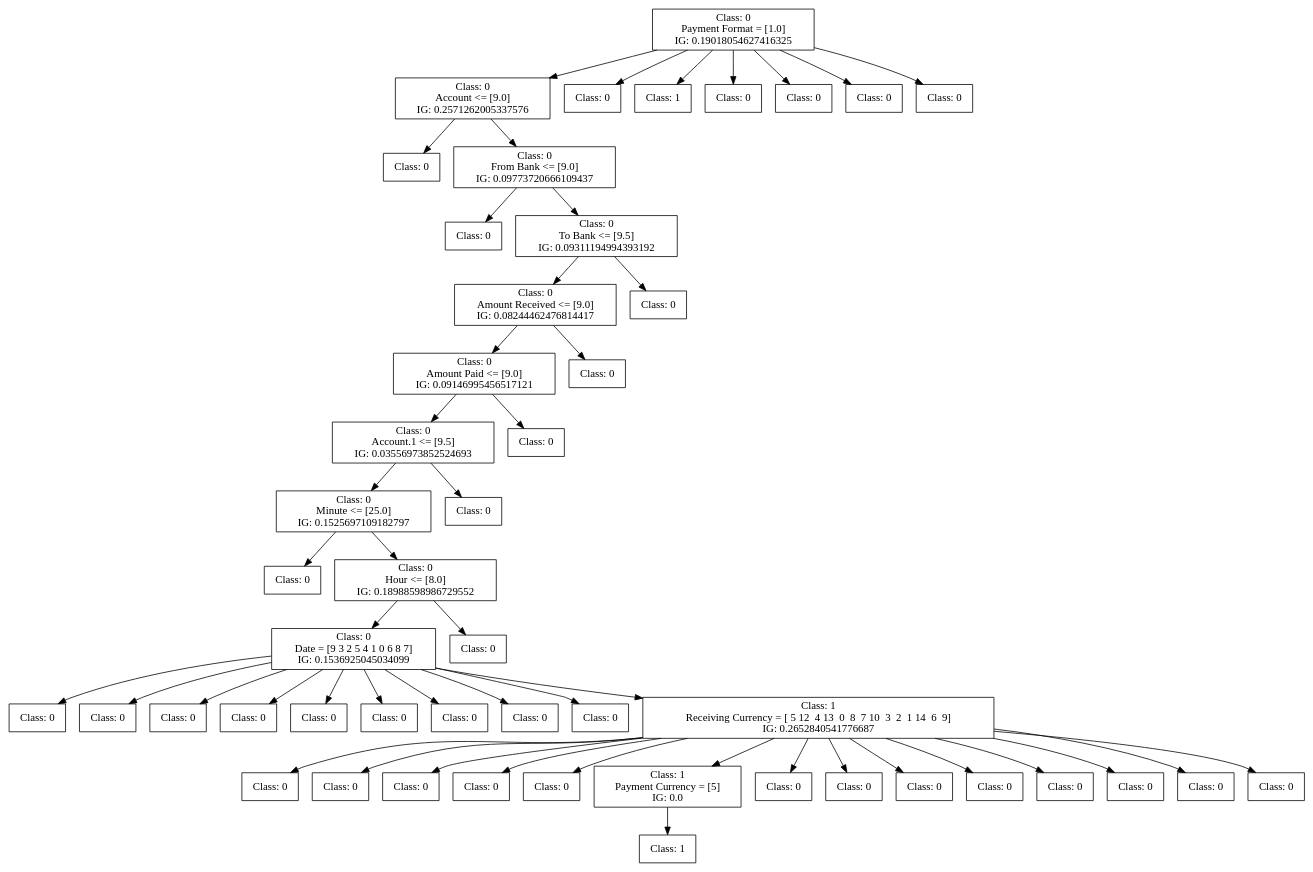
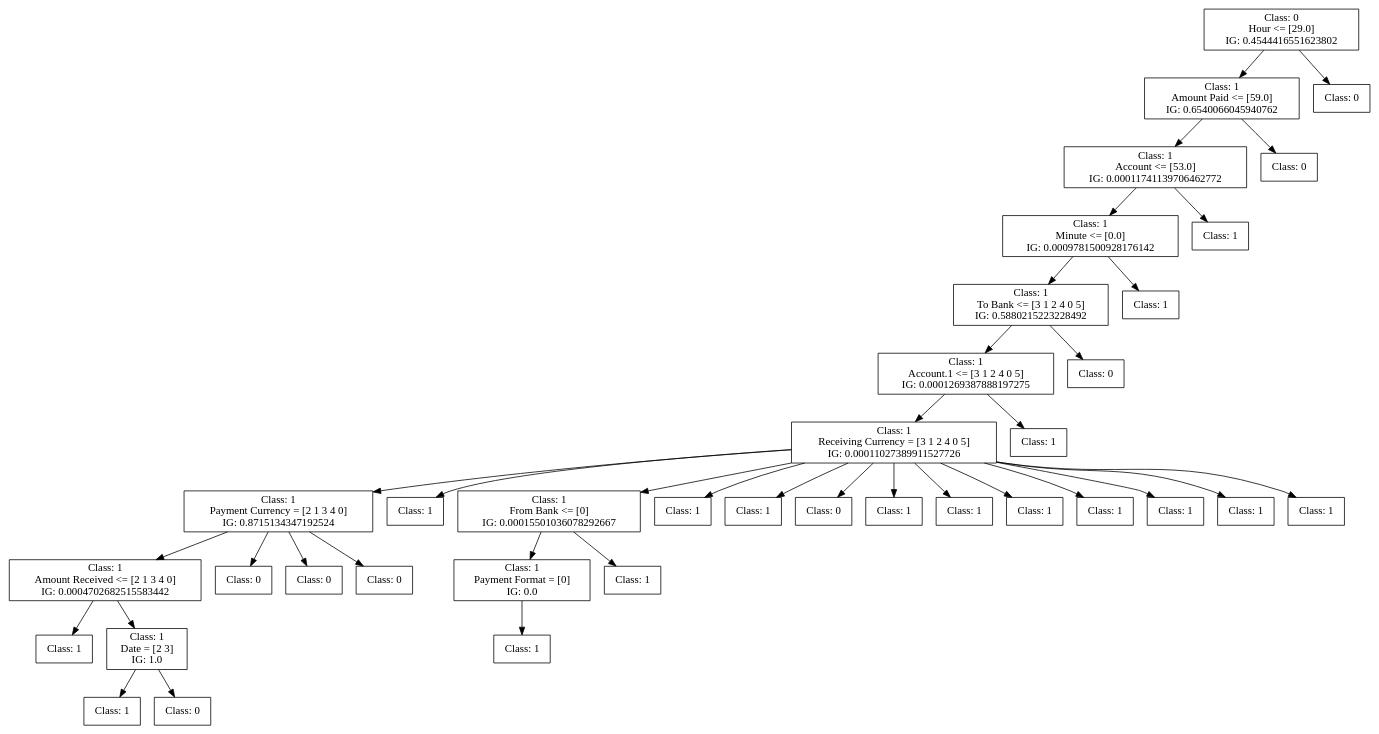
One commit to FedericoBruzzone/anti-money-laundering changed the diagram in dot_figs/tree-c45-oversampling.dot. Above: the diagram before and after it, drawn with Graphviz. The commit also changed 18 other files, not shown here.

```diff
--- a/dot_figs/tree-c45-oversampling.dot
+++ b/dot_figs/tree-c45-oversampling.dot
@@ -1,162 +1,126 @@
 digraph DecisionTree {
 	rankdir=TD;
 	node [shape=box];
-	1901687963952 [label="Class: 0
-Payment Format = [1.0]
-IG: 0.19018054627416325"];
-	1901687692960 [label="Class: 0
-Account <= [9.0]
-IG: 0.2571262005337576"];
-	1901687963952 -> 1901687692960;
-	1901687693440 [label="Class: 0
+	1584933799008 [label="Class: 0
+Hour <= [29.0]
+IG: 0.4544416551623802"];
+	1585249491920 [label="Class: 1
+Amount Paid <= [59.0]
+IG: 0.6540066045940762"];
+	1584933799008 -> 1585249491920;
+	1585249490480 [label="Class: 1
+Account <= [53.0]
+IG: 0.00011741139706462772"];
+	1585249491920 -> 1585249490480;
+	1585249500512 [label="Class: 1
+Minute <= [0.0]
+IG: 0.0009781500928176142"];
+	1585249490480 -> 1585249500512;
+	1585507883168 [label="Class: 1
+To Bank <= [3 1 2 4 0 5]
+IG: 0.5880215223228492"];
+	1585249500512 -> 1585507883168;
+	1585507889744 [label="Class: 1
+Account.1 <= [3 1 2 4 0 5]
+IG: 0.0001269387888197275"];
+	1585507883168 -> 1585507889744;
+	1585440017280 [label="Class: 1
+Receiving Currency = [3 1 2 4 0 5]
+IG: 0.00011027389911527726"];
+	1585507889744 -> 1585440017280;
+	1585440023232 [label="Class: 1
+Payment Currency = [2 1 3 4 0]
+IG: 0.8715134347192524"];
+	1585440017280 -> 1585440023232;
+	1585440028416 [label="Class: 1
+Amount Received <= [2 1 3 4 0]
+IG: 0.0004702682515583442"];
+	1585440023232 -> 1585440028416;
+	1585440030288 [label="Class: 1
 "];
-	1901687692960 -> 1901687693440;
-	1901687693872 [label="Class: 0
-From Bank <= [9.0]
-IG: 0.09773720666109437"];
-	1901687692960 -> 1901687693872;
-	1901687693584 [label="Class: 0
+	1585440028416 -> 1585440030288;
+	1585440030384 [label="Class: 1
+Date = [2 3]
+IG: 1.0"];
+	1585440028416 -> 1585440030384;
+	1585440029088 [label="Class: 1
 "];
-	1901687693872 -> 1901687693584;
-	1901687694064 [label="Class: 0
-To Bank <= [9.5]
-IG: 0.09311194994393192"];
-	1901687693872 -> 1901687694064;
-	1901687693104 [label="Class: 0
-Amount Received <= [9.0]
-IG: 0.08244462476814417"];
-	1901687694064 -> 1901687693104;
-	1901687693056 [label="Class: 0
-Amount Paid <= [9.0]
-IG: 0.09146995456517121"];
-	1901687693104 -> 1901687693056;
-	1901687692384 [label="Class: 0
-Account.1 <= [9.5]
-IG: 0.03556973852524693"];
-	1901687693056 -> 1901687692384;
-	1901687691760 [label="Class: 0
-Minute <= [25.0]
-IG: 0.1525697109182797"];
-	1901687692384 -> 1901687691760;
-	1901687692048 [label="Class: 0
+	1585440030384 -> 1585440029088;
+	1585440028608 [label="Class: 0
 "];
-	1901687691760 -> 1901687692048;
-	1901687700640 [label="Class: 0
-Hour <= [8.0]
-IG: 0.18988598986729552"];
-	1901687691760 -> 1901687700640;
-	1901687692624 [label="Class: 0
-Date = [9 3 2 5 4 1 0 6 8 7]
-IG: 0.1536925045034099"];
-	1901687700640 -> 1901687692624;
-	1901687700928 [label="Class: 0
+	1585440030384 -> 1585440028608;
+	1585440028320 [label="Class: 0
 "];
-	1901687692624 -> 1901687700928;
-	1901687692144 [label="Class: 0
+	1585440023232 -> 1585440028320;
+	1585440024864 [label="Class: 0
 "];
-	1901687692624 -> 1901687692144;
-	1901687701072 [label="Class: 0
+	1585440023232 -> 1585440024864;
+	1585440027840 [label="Class: 0
 "];
-	1901687692624 -> 1901687701072;
-	1901687700736 [label="Class: 0
+	1585440023232 -> 1585440027840;
+	1585440023904 [label="Class: 1
 "];
-	1901687692624 -> 1901687700736;
-	1901687693968 [label="Class: 0
+	1585440017280 -> 1585440023904;
+	1585440021696 [label="Class: 1
+From Bank <= [0]
+IG: 0.00015501036078292667"];
+	1585440017280 -> 1585440021696;
+	1585432479968 [label="Class: 1
+Payment Format = [0]
+IG: 0.0"];
+	1585440021696 -> 1585432479968;
+	1585432480688 [label="Class: 1
 "];
-	1901687692624 -> 1901687693968;
-	1901687693488 [label="Class: 0
+	1585432479968 -> 1585432480688;
+	1585432480400 [label="Class: 1
 "];
-	1901687692624 -> 1901687693488;
-	1901687692576 [label="Class: 0
+	1585440021696 -> 1585432480400;
+	1585440023424 [label="Class: 1
 "];
-	1901687692624 -> 1901687692576;
-	1901687701312 [label="Class: 0
+	1585440017280 -> 1585440023424;
+	1585440022752 [label="Class: 1
 "];
-	1901687692624 -> 1901687701312;
-	1901687694016 [label="Class: 0
+	1585440017280 -> 1585440022752;
+	1585440022992 [label="Class: 0
 "];
-	1901687692624 -> 1901687694016;
-	1901687694112 [label="Class: 1
-Receiving Currency = [ 5 12  4 13  0  8  7 10  3  2  1 14  6  9]
-IG: 0.2652840541776687"];
-	1901687692624 -> 1901687694112;
-	1901687700064 [label="Class: 0
+	1585440017280 -> 1585440022992;
+	1585440023136 [label="Class: 1
 "];
-	1901687694112 -> 1901687700064;
-	1901687693728 [label="Class: 0
+	1585440017280 -> 1585440023136;
+	1585440023616 [label="Class: 1
 "];
-	1901687694112 -> 1901687693728;
-	1901687692336 [label="Class: 0
+	1585440017280 -> 1585440023616;
+	1585440023568 [label="Class: 1
 "];
-	1901687694112 -> 1901687692336;
-	1901687692096 [label="Class: 0
+	1585440017280 -> 1585440023568;
+	1585440024048 [label="Class: 1
 "];
-	1901687694112 -> 1901687692096;
-	1901687691952 [label="Class: 0
+	1585440017280 -> 1585440024048;
+	1585440024192 [label="Class: 1
 "];
-	1901687694112 -> 1901687691952;
-	1901687693344 [label="Class: 1
-Payment Currency = [5]
-IG: 0.0"];
-	1901687694112 -> 1901687693344;
-	1901687699392 [label="Class: 1
+	1585440017280 -> 1585440024192;
+	1585440024336 [label="Class: 1
 "];
-	1901687693344 -> 1901687699392;
-	1901687691904 [label="Class: 0
+	1585440017280 -> 1585440024336;
+	1585440024480 [label="Class: 1
 "];
-	1901687694112 -> 1901687691904;
-	1901687692816 [label="Class: 0
+	1585440017280 -> 1585440024480;
+	1585440017712 [label="Class: 1
 "];
-	1901687694112 -> 1901687692816;
-	1901687691664 [label="Class: 0
+	1585507889744 -> 1585440017712;
+	1585507890176 [label="Class: 0
 "];
-	1901687694112 -> 1901687691664;
-	1901687700688 [label="Class: 0
+	1585507883168 -> 1585507890176;
+	1585507883600 [label="Class: 1
 "];
-	1901687694112 -> 1901687700688;
-	1901687700544 [label="Class: 0
+	1585249500512 -> 1585507883600;
+	1585249500944 [label="Class: 1
 "];
-	1901687694112 -> 1901687700544;
-	1901687700256 [label="Class: 0
+	1585249490480 -> 1585249500944;
+	1585249485920 [label="Class: 0
 "];
-	1901687694112 -> 1901687700256;
-	1901687700352 [label="Class: 0
+	1585249491920 -> 1585249485920;
+	1585249493648 [label="Class: 0
 "];
-	1901687694112 -> 1901687700352;
-	1901687692240 [label="Class: 0
-"];
-	1901687694112 -> 1901687692240;
-	1901687700448 [label="Class: 0
-"];
-	1901687700640 -> 1901687700448;
-	1901687700832 [label="Class: 0
-"];
-	1901687692384 -> 1901687700832;
-	1901687701024 [label="Class: 0
-"];
-	1901687693056 -> 1901687701024;
-	1901687701216 [label="Class: 0
-"];
-	1901687693104 -> 1901687701216;
-	1901687701408 [label="Class: 0
-"];
-	1901687694064 -> 1901687701408;
-	1901687693296 [label="Class: 0
-"];
-	1901687963952 -> 1901687693296;
-	1901687692000 [label="Class: 1
-"];
-	1901687963952 -> 1901687692000;
-	1901687622384 [label="Class: 0
-"];
-	1901687963952 -> 1901687622384;
-	1901687692720 [label="Class: 0
-"];
-	1901687963952 -> 1901687692720;
-	1901687691616 [label="Class: 0
-"];
-	1901687963952 -> 1901687691616;
-	1901687692768 [label="Class: 0
-"];
-	1901687963952 -> 1901687692768;
+	1584933799008 -> 1585249493648;
 }
```
